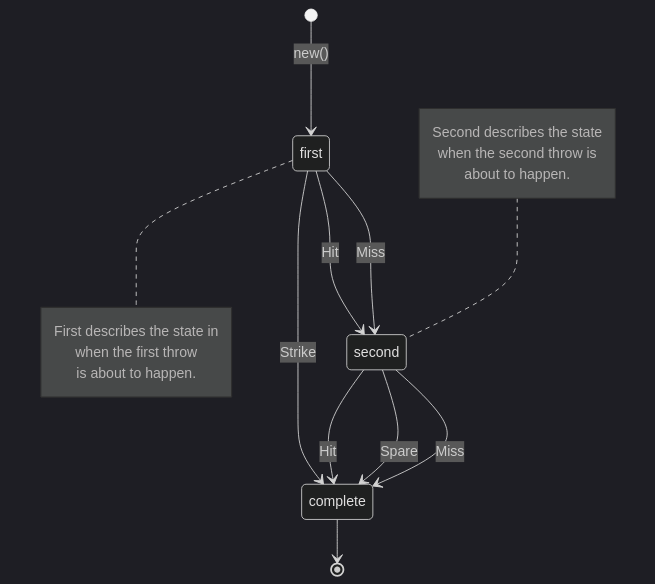
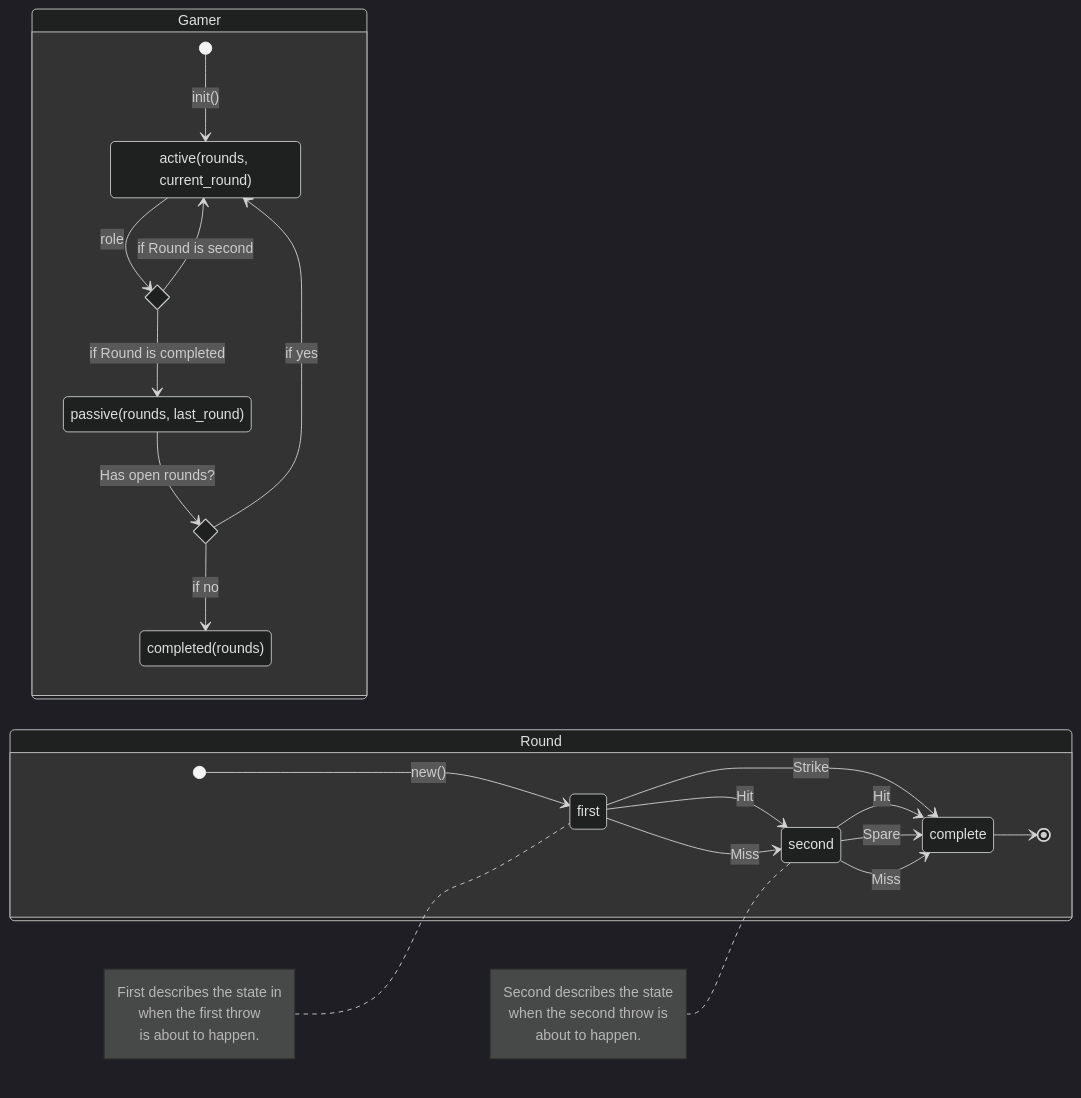
Before and after one commit to eddiemuss/bowling: the diagram in src/round_state_machine.md, drawn with Mermaid (dark theme).

Commit message:
state machine for Gamer

````diff
--- a/src/round_state_machine.md
+++ b/src/round_state_machine.md
@@ -1,30 +1,53 @@
 ```mermaid
 stateDiagram-v2
-  %% States
-  first
-  second
-  complete
+  direction LR
 
-  %% Transactions
-  [*] --> first: new()
-  first --> second: Hit
-  first --> second: Miss
-  first --> complete: Strike
-  second --> complete: Hit
-  second --> complete: Spare
-  second --> complete: Miss
-  complete --> [*]
+  state Gamer {
+    %% States
+    active: active(rounds, current_round)
+    passive: passive(rounds, last_round)
+    completed: completed(rounds)
 
-  %% Notes
-  note right of first
-    First describes the state in
-    when the first throw
-    is about to happen.
-  end note
+    state role <<choice>>
+    state has_open_rounds <<choice>>
 
-  note left of second
-    Second describes the state
-    when the second throw is
-    about to happen.
-  end note
+    %% Transitions
+    [*] --> active: init()
+    active --> role: role
+    role --> active: if Round is second
+    role --> passive: if Round is completed
+    passive --> has_open_rounds: Has open rounds?
+    has_open_rounds --> active: if yes
+    has_open_rounds --> completed: if no
+  }
+
+  state Round {
+    %% States
+    first
+    second
+    complete
+
+    %% Transitions
+    [*] --> first: new()
+    first --> second: Hit
+    first --> second: Miss
+    first --> complete: Strike
+    second --> complete: Hit
+    second --> complete: Spare
+    second --> complete: Miss
+    complete --> [*]
+
+    %% Notes
+    note left of first
+      First describes the state in
+      when the first throw
+      is about to happen.
+    end note
+
+    note left of second
+      Second describes the state
+      when the second throw is
+      about to happen.
+    end note
+  }
 ```
````
